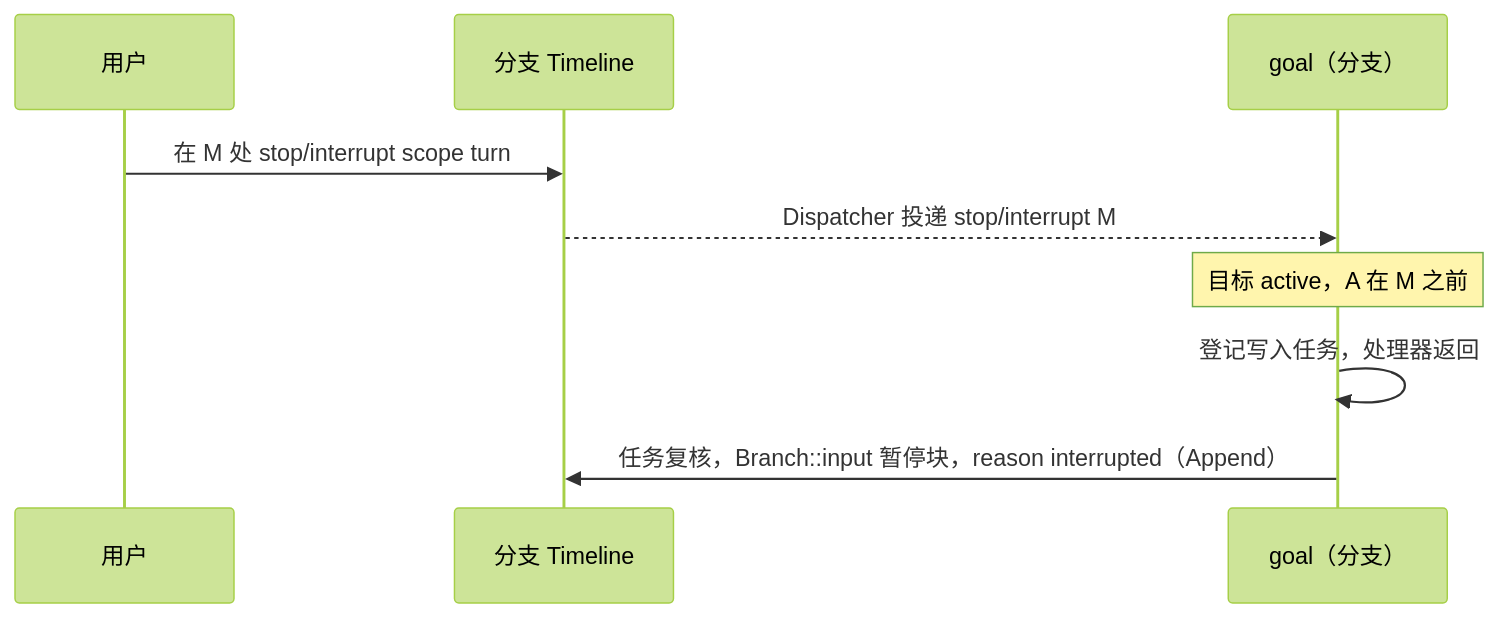
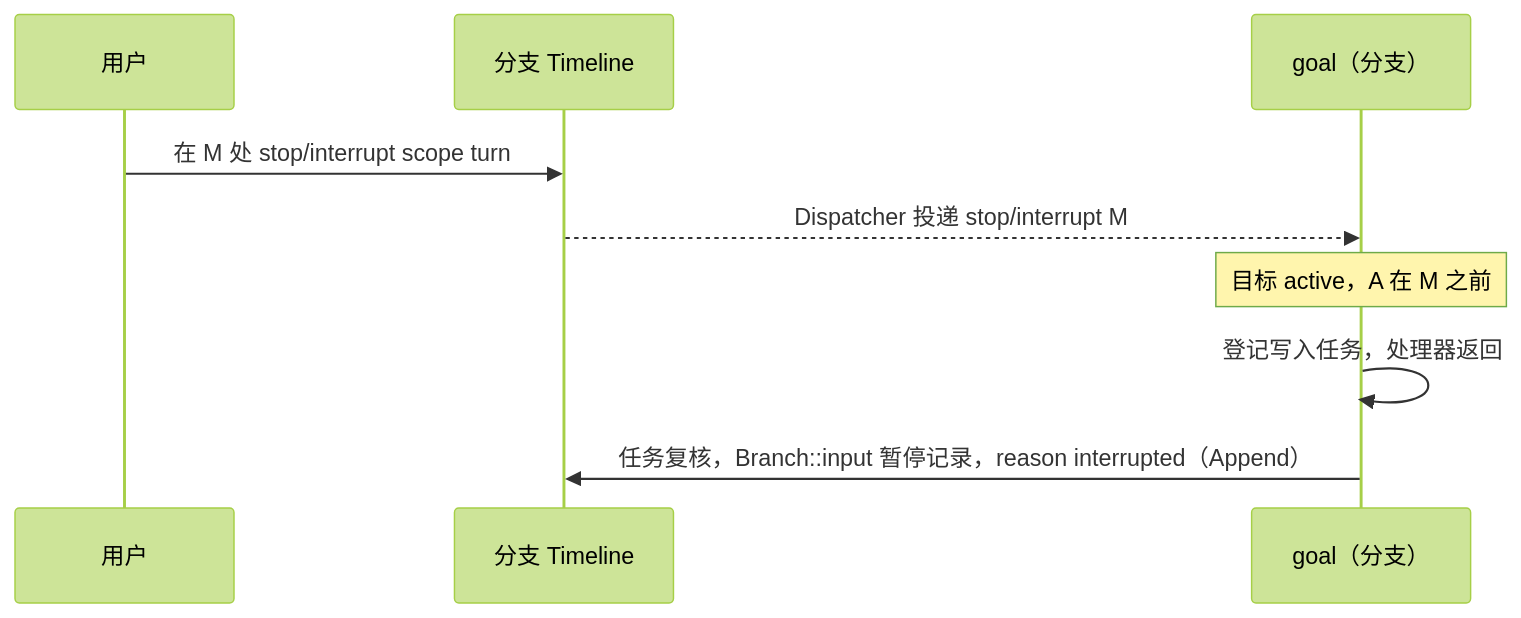
Before and after one commit to CoutinhoTTS/dim-agent: the fifth of 7 diagrams in docs/zh/design/plugins/Goal.md, drawn with Mermaid (forest theme). The commit also changed other lines of this file and 229 other files, not shown here.

First line of the commit message:
refactor(timeline): query properties and bound history consumers

````diff
--- a/docs/zh/design/plugins/Goal.md
+++ b/docs/zh/design/plugins/Goal.md
@@ -155,11 +163,11 @@
 ```mermaid
 sequenceDiagram
   participant User as 用户
   participant TL as 分支 Timeline
   participant G as goal（分支）
   User->>TL: 在 M 处 stop/interrupt scope turn
   TL-->>G: Dispatcher 投递 stop/interrupt M
   Note over G: 目标 active，A 在 M 之前
   G->>G: 登记写入任务，处理器返回
-  G->>TL: 任务复核，Branch::input 暂停块，reason interrupted（Append）
+  G->>TL: 任务复核，Branch::input 暂停记录，reason interrupted（Append）
 ```
````
